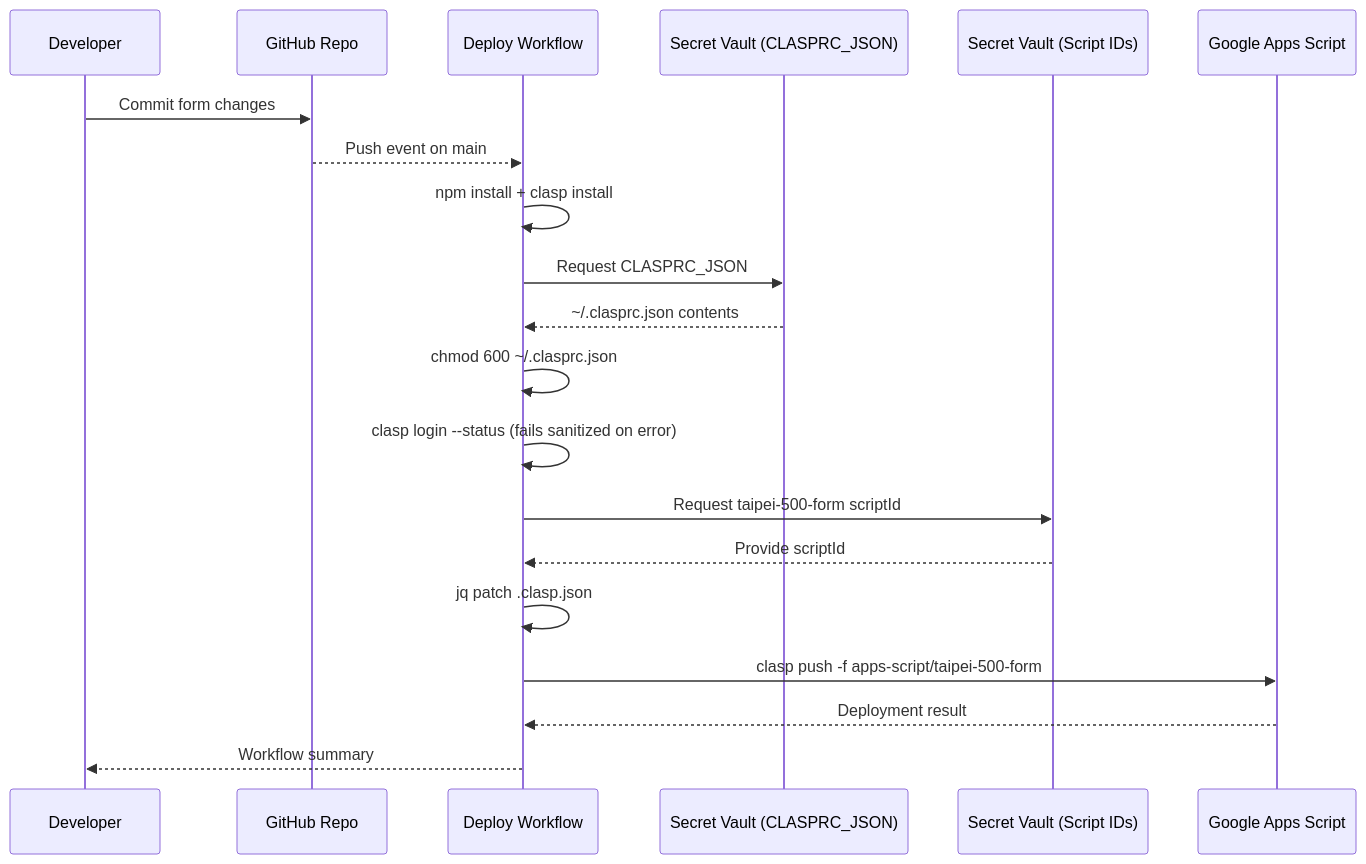
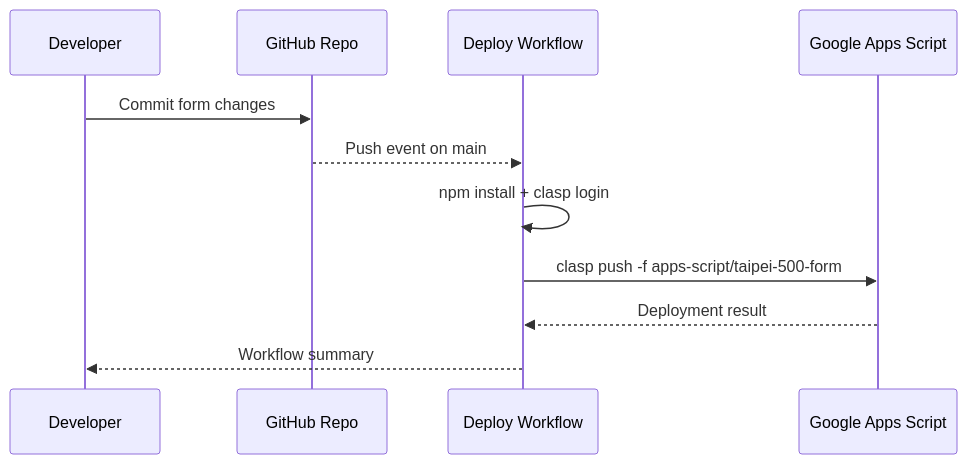
Before and after one commit to muyueh/clasp-from-fresh: the third of 5 diagrams in README.md, drawn with Mermaid. The commit also changed other lines of this file and 2 other files, not shown here.

Commit message:
Revert "Harden clasp deploy workflow"

````diff
--- a/README.md
+++ b/README.md
@@ -36,22 +23,13 @@
 ```mermaid
 sequenceDiagram
     participant Dev as Developer
     participant Repo as GitHub Repo
     participant CI as Deploy Workflow
-    participant Secret as Secret Vault (CLASPRC_JSON)
-    participant ScriptSecret as Secret Vault (Script IDs)
     participant GAS as Google Apps Script
     Dev->>Repo: Commit form changes
     Repo-->>CI: Push event on main
-    CI->>CI: npm install + clasp install
-    CI->>Secret: Request CLASPRC_JSON
-    Secret-->>CI: ~/.clasprc.json contents
-    CI->>CI: chmod 600 ~/.clasprc.json
-    CI->>CI: clasp login --status (fails sanitized on error)
-    CI->>ScriptSecret: Request taipei-500-form scriptId
-    ScriptSecret-->>CI: Provide scriptId
-    CI->>CI: jq patch .clasp.json
+    CI->>CI: npm install + clasp login
     CI->>GAS: clasp push -f apps-script/taipei-500-form
     GAS-->>CI: Deployment result
     CI-->>Dev: Workflow summary
 ```
````
